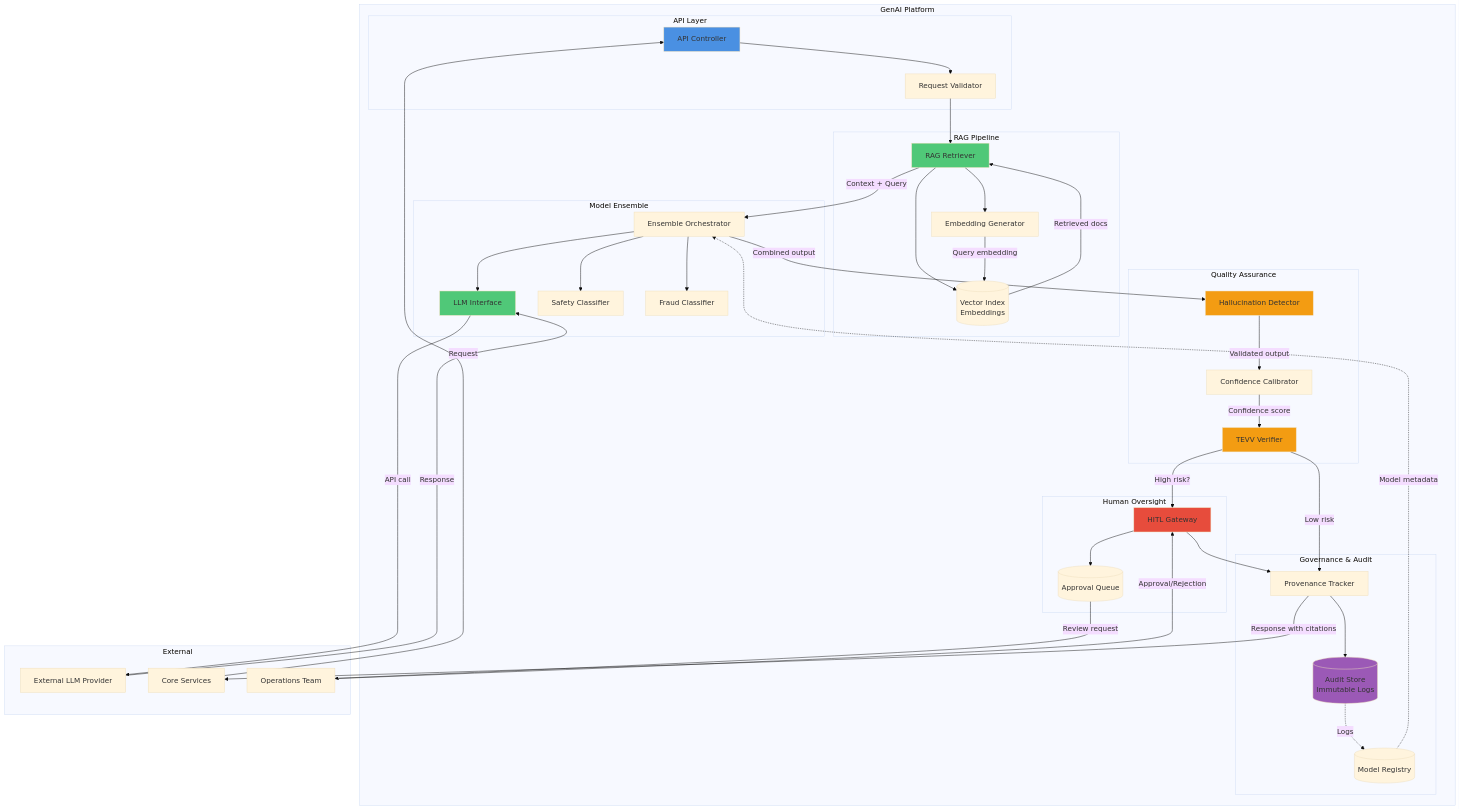
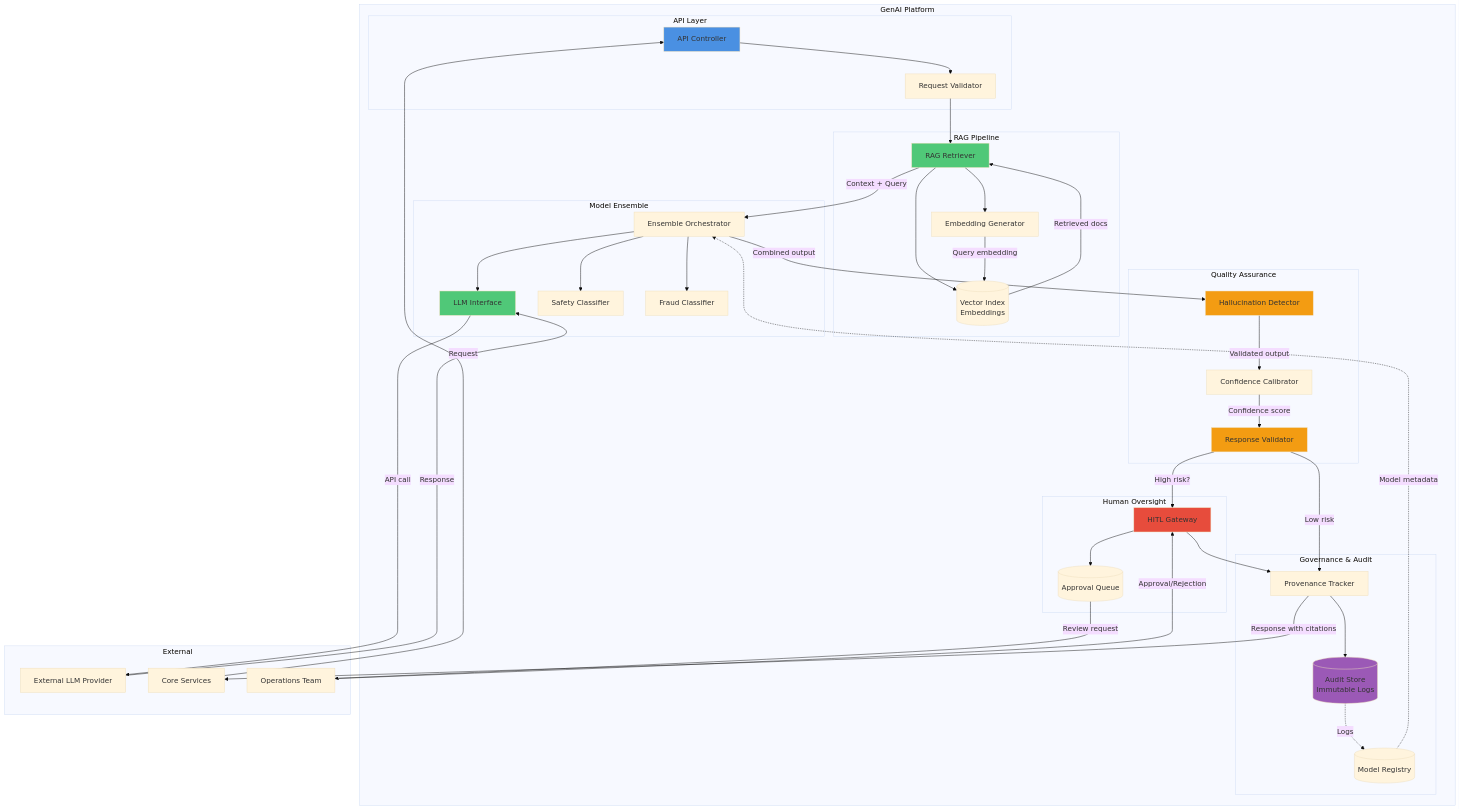
One commit to vanderleisilva/uncacheable changed the diagram in resources/diagrams/genai-subsystem/genai-component-diagram.md. Above: the diagram before and after it, drawn with Mermaid (base theme). The commit also changed other lines of this file and 6 other files, not shown here.

````diff
--- a/resources/diagrams/genai-subsystem/genai-component-diagram.md
+++ b/resources/diagrams/genai-subsystem/genai-component-diagram.md
@@ -62,7 +62,7 @@
         subgraph "Quality Assurance"
             HallucinationDetector[Hallucination Detector]
             Calibrator[Confidence Calibrator]
-            TEVVVerifier[TEVV Verifier]
+            ResponseValidator[Response Validator]
         end
 
         subgraph "Human Oversight"
@@ -102,10 +102,10 @@
 
     Orchestrator -->|Combined output| HallucinationDetector
     HallucinationDetector -->|Validated output| Calibrator
-    Calibrator -->|Confidence score| TEVVVerifier
+    Calibrator -->|Confidence score| ResponseValidator
 
-    TEVVVerifier -->|High risk?| HITL
-    TEVVVerifier -->|Low risk| ProvenanceTracker
+    ResponseValidator -->|High risk?| HITL
+    ResponseValidator -->|Low risk| ProvenanceTracker
 
     HITL --> ApprovalQueue
     ApprovalQueue -->|Review request| OpsTeam
@@ -124,5 +124,5 @@
     style HallucinationDetector fill:#F39C12
     style HITL fill:#E74C3C
     style AuditStore fill:#9B59B6
-    style TEVVVerifier fill:#F39C12
+    style ResponseValidator fill:#F39C12
 ```
````
